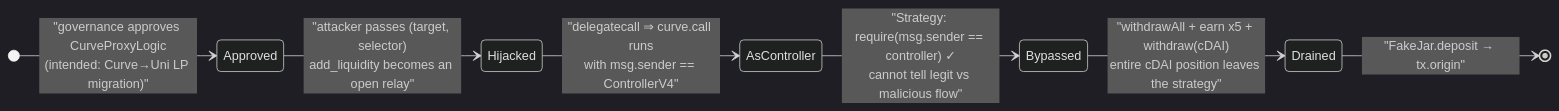
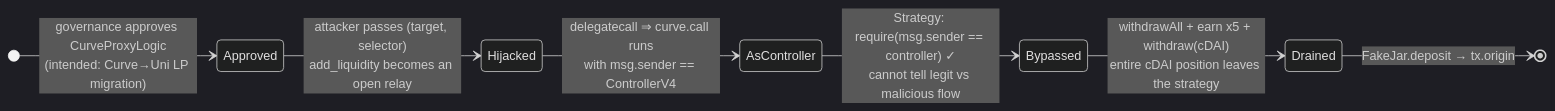
The third of 3 diagrams in 2020-11-Pickle_exp/Pickle_exp.md (sanbir/evm-hack-registry), drawn with Mermaid (dark theme) before and after one commit. The commit also changed 280 other files, not shown here.

Commit message:
mermaid fixes

````diff
--- a/2020-11-Pickle_exp/Pickle_exp.md
+++ b/2020-11-Pickle_exp/Pickle_exp.md
@@ -347,10 +347,10 @@
 ```mermaid
 stateDiagram-v2
     direction LR
-    [*] --> Approved : "governance approves CurveProxyLogic<br/>(intended: Curve→Uni LP migration)"
-    Approved --> Hijacked : "attacker passes (target, selector)<br/>add_liquidity becomes an open relay"
-    Hijacked --> AsController : "delegatecall ⇒ curve.call runs<br/>with msg.sender == ControllerV4"
-    AsController --> Bypassed : "Strategy: require(msg.sender == controller) ✓<br/>cannot tell legit vs malicious flow"
-    Bypassed --> Drained : "withdrawAll + earn x5 + withdraw(cDAI)<br/>entire cDAI position leaves the strategy"
-    Drained --> [*] : "FakeJar.deposit → tx.origin"
+    [*] --> Approved : governance approves CurveProxyLogic<br/>(intended#58; Curve→Uni LP migration)
+    Approved --> Hijacked : attacker passes (target, selector)<br/>add_liquidity becomes an open relay
+    Hijacked --> AsController : delegatecall ⇒ curve.call runs<br/>with msg.sender == ControllerV4
+    AsController --> Bypassed : Strategy#58; require(msg.sender == controller) ✓<br/>cannot tell legit vs malicious flow
+    Bypassed --> Drained : withdrawAll + earn x5 + withdraw(cDAI)<br/>entire cDAI position leaves the strategy
+    Drained --> [*] : FakeJar.deposit → tx.origin
 ```
````
